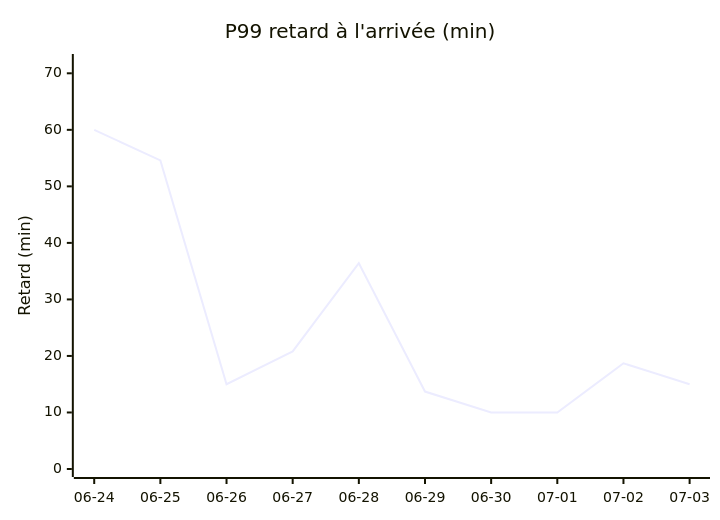
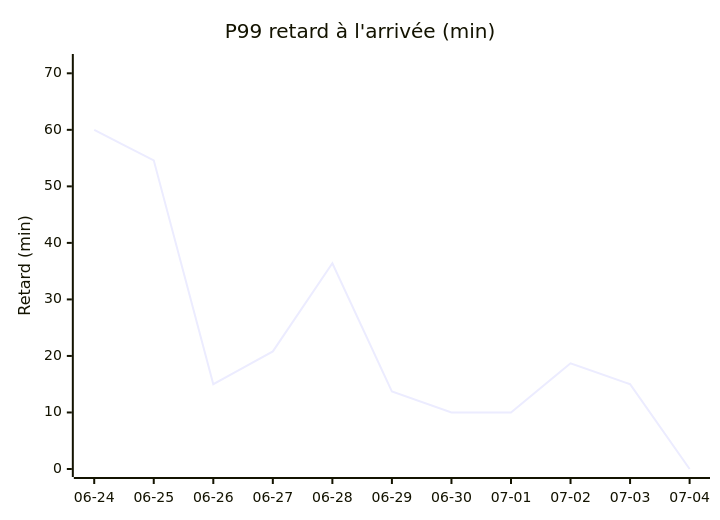
One commit to antoinerep/horaire-ter changed the second of 4 diagrams in STATS.md. Above: the diagram before and after it, drawn with Mermaid. The commit also changed other lines of this file and 1 other file, not shown here.

````diff
--- a/STATS.md
+++ b/STATS.md
@@ -39,7 +39,7 @@
 ```mermaid
 xychart-beta
     title "P99 retard à l'arrivée (min)"
-    x-axis ["06-24", "06-25", "06-26", "06-27", "06-28", "06-29", "06-30", "07-01", "07-02", "07-03"]
+    x-axis ["06-24", "06-25", "06-26", "06-27", "06-28", "06-29", "06-30", "07-01", "07-02", "07-03", "07-04"]
     y-axis "Retard (min)" 0 --> 72
-    line [60.0, 54.6, 15.0, 20.8, 36.4, 13.7, 10.0, 10.0, 18.7, 15.0]
+    line [60.0, 54.6, 15.0, 20.8, 36.4, 13.7, 10.0, 10.0, 18.7, 15.0, 0.0]
 ```
````
